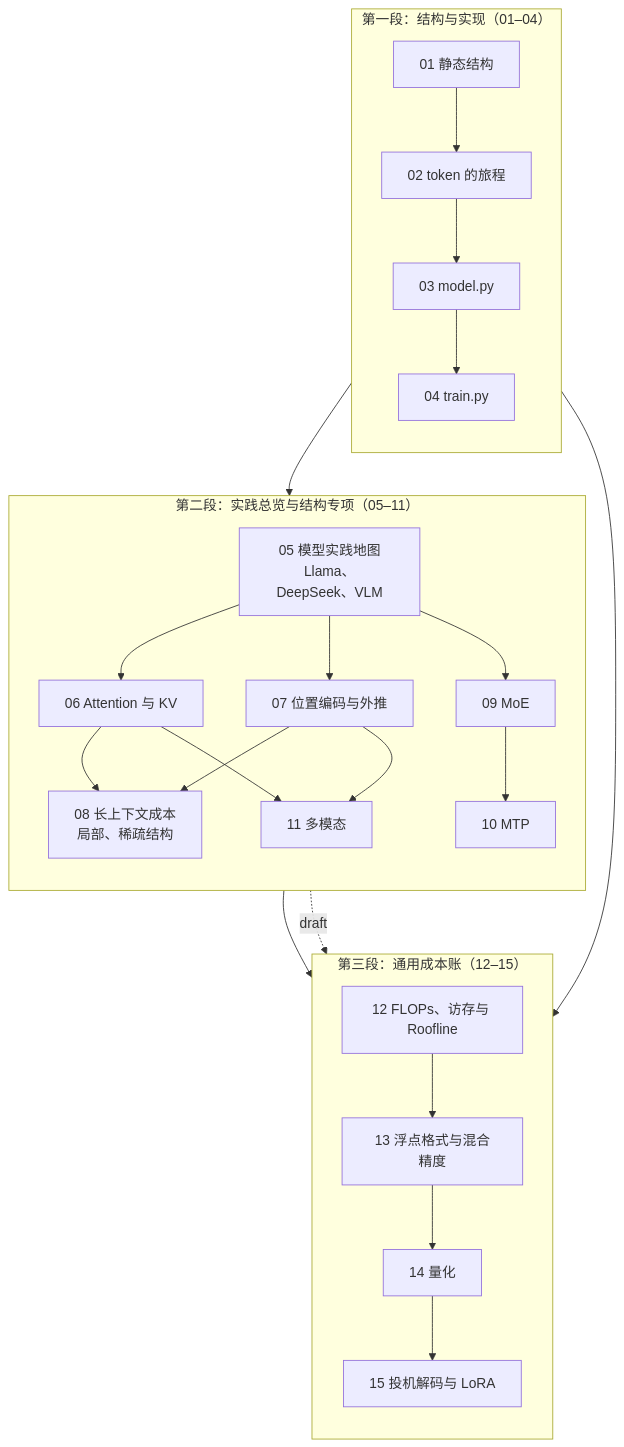
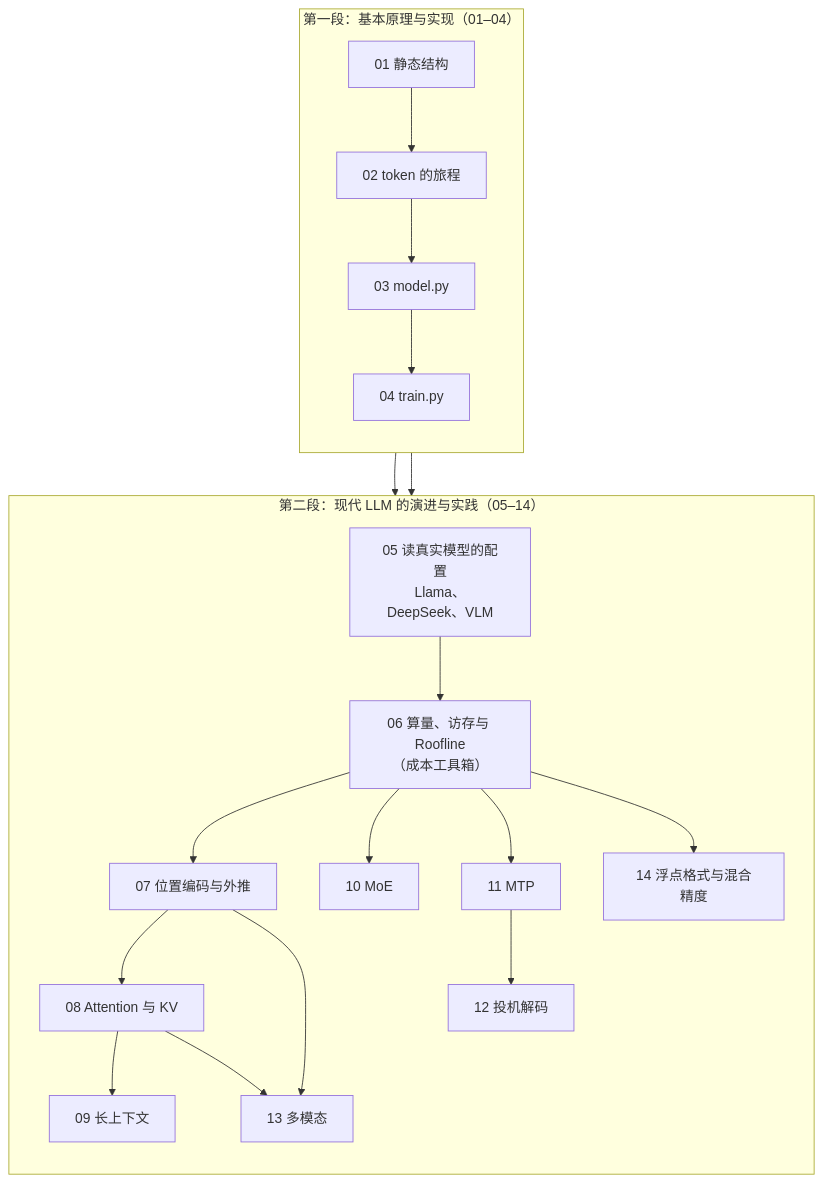
One commit to arganzheng/arganzheng.github.com changed the first of 7 diagrams in slides/2026-04-09-transformer-and-llm.md. Above: the diagram before and after it, drawn with Mermaid. The commit also changed other lines of this file and 42 other files, not shown here.

First line of the commit message:
Transformer 与 LLM：三段十五篇改为两段十四篇（#117 六条划线评论 + ChatGPT 审稿）

````diff
--- a/slides/2026-04-09-transformer-and-llm.md
+++ b/slides/2026-04-09-transformer-and-llm.md
@@ -32,27 +31,22 @@
 ```mermaid
 %%{init: {"flowchart": {"wrappingWidth": 150}}}%%
-%% 图：十五篇的依赖地图：先 GPT-2 实现，再模型实践总览与结构专项，最后通用成本账
+%% 图：十四篇的依赖地图：先 GPT-2 的结构与实现，再以成本工具箱为入口逐项打开现代模型的改动
 flowchart TB
-    subgraph S1["第一段：结构与实现（01–04）"]
+    subgraph S1["第一段：基本原理与实现（01–04）"]
         direction TB
         P1["01 静态结构"] --> P2["02 token 的旅程"] --> P3["03 model.py"] --> P4["04 train.py"]
     end
-    subgraph S2["第二段：实践总览与结构专项（05–11）"]
+    subgraph S2["第二段：现代 LLM 的演进与实践（05–14）"]
         direction TB
-        P5["05 模型实践地图<br/>Llama、DeepSeek、VLM"] --> P6["06 Attention 与 KV"]
-        P5 --> P7["07 位置编码与外推"] --> P8["08 长上下文成本<br/>局部、稀疏结构"]
-        P6 --> P8
-        P5 --> P9["09 MoE"] --> P10["10 MTP"]
-        P6 --> P11["11 多模态"]
-        P7 --> P11
-    end
-    subgraph S3["第三段：通用成本账（12–15）"]
-        direction TB
-        P12["12 FLOPs、访存与 Roofline"] --> P13["13 浮点格式与混合精度"] --> P14["14 量化"] --> P15["15 投机解码与 LoRA"]
+        P5["05 读真实模型的配置<br/>Llama、DeepSeek、VLM"] --> P6["06 算量、访存与 Roofline<br/>（成本工具箱）"]
+        P6 --> P7["07 位置编码与外推"] --> P8["08 Attention 与 KV"] --> P9["09 长上下文"]
+        P6 --> P10["10 MoE"]
+        P6 --> P11["11 MTP"] --> P12["12 投机解码"]
+        P8 --> P13["13 多模态"]
+        P7 --> P13
+        P6 --> P14["14 浮点格式与混合精度"]
     end
     P3 --> P5
-    P5 --> P12
-    P2 --> P12
-    P10 -. "draft" .-> P15
-    S1 ~~~ S2 ~~~ S3
+    P2 --> P6
+    S1 ~~~ S2
 ```
````
